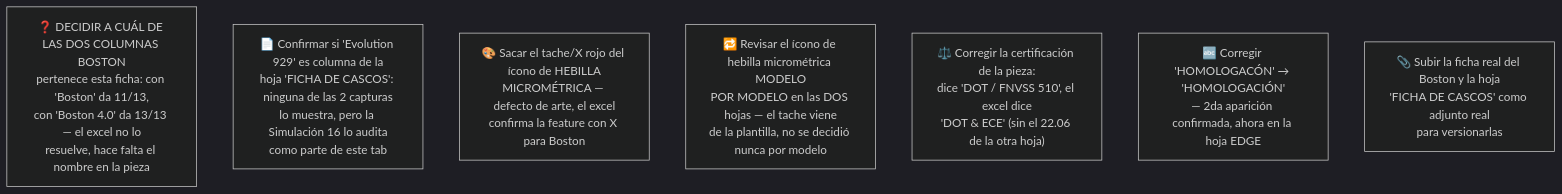
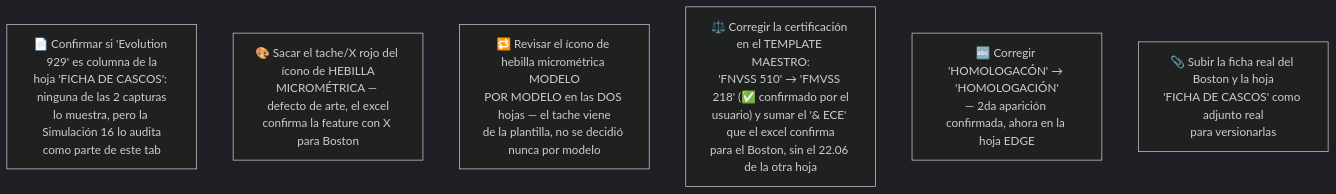
Before and after one commit to juandroeleven-jpg/SAAAS-Marketing: the diagram in proyectos/edge-cascos/documentos/simulaciones-cc/simulacion-33-boston-verificacion.md, drawn with Mermaid (dark theme). The commit also changed other lines of this file and 8 other files, not shown here.

````diff
--- a/proyectos/edge-cascos/documentos/simulaciones-cc/simulacion-33-boston-verificacion.md
+++ b/proyectos/edge-cascos/documentos/simulaciones-cc/simulacion-33-boston-verificacion.md
@@ -598,10 +627,9 @@
 ```mermaid
 flowchart TD
-    T0["❓ DECIDIR A CUÁL DE LAS DOS COLUMNAS BOSTON<br/>pertenece esta ficha: con 'Boston' da 11/13,<br/>con 'Boston 4.0' da 13/13 — el excel no lo<br/>resuelve, hace falta el nombre en la pieza"]
     T1["📄 Confirmar si 'Evolution 929' es columna de la<br/>hoja 'FICHA DE CASCOS': ninguna de las 2 capturas<br/>lo muestra, pero la Simulación 16 lo audita<br/>como parte de este tab"]
     T2["🎨 Sacar el tache/X rojo del ícono de HEBILLA<br/>MICROMÉTRICA — defecto de arte, el excel<br/>confirma la feature con X para Boston"]
     T3["🔁 Revisar el ícono de hebilla micrométrica MODELO<br/>POR MODELO en las DOS hojas — el tache viene<br/>de la plantilla, no se decidió nunca por modelo"]
-    T4["⚖️ Corregir la certificación de la pieza:<br/>dice 'DOT / FNVSS 510', el excel dice<br/>'DOT & ECE' (sin el 22.06 de la otra hoja)"]
+    T4["⚖️ Corregir la certificación en el TEMPLATE MAESTRO:<br/>'FNVSS 510' → 'FMVSS 218' (✅ confirmado por el<br/>usuario) y sumar el '& ECE' que el excel confirma<br/>para el Boston, sin el 22.06 de la otra hoja"]
     T5["🔤 Corregir 'HOMOLOGACÓN' → 'HOMOLOGACIÓN'<br/>— 2da aparición confirmada, ahora en la hoja EDGE"]
     T6["📎 Subir la ficha real del Boston y la hoja<br/>'FICHA DE CASCOS' como adjunto real<br/>para versionarlas"]
 ```
````
